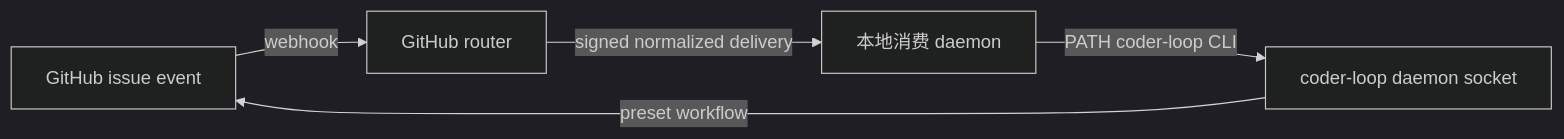
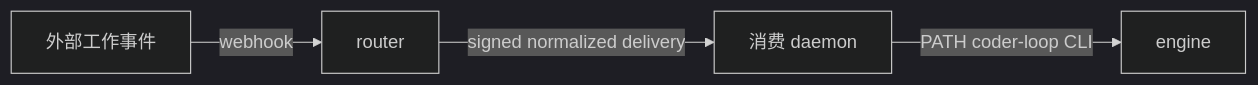
The seventh of 7 diagrams in v3-issue/A.md (mouriya-s-lab/coder-loop), drawn with Mermaid (dark theme) before and after one commit. The commit also changed other lines of this file, not shown here.

````diff
--- a/v3-issue/A.md
+++ b/v3-issue/A.md
@@ -1386,7 +1380,6 @@
 ```mermaid
 flowchart LR
-  GH[GitHub issue event] -->|webhook| Router[GitHub router]
-  Router -->|signed normalized delivery| Consumer[本地消费 daemon]
-  Consumer -->|PATH coder-loop CLI| Engine[coder-loop daemon socket]
-  Engine -->|preset workflow| GH
+    External[外部工作事件] -->|webhook| Router[router]
+    Router -->|signed normalized delivery| Consumer[消费 daemon]
+    Consumer -->|PATH coder-loop CLI| Engine[engine]
 ```
````
